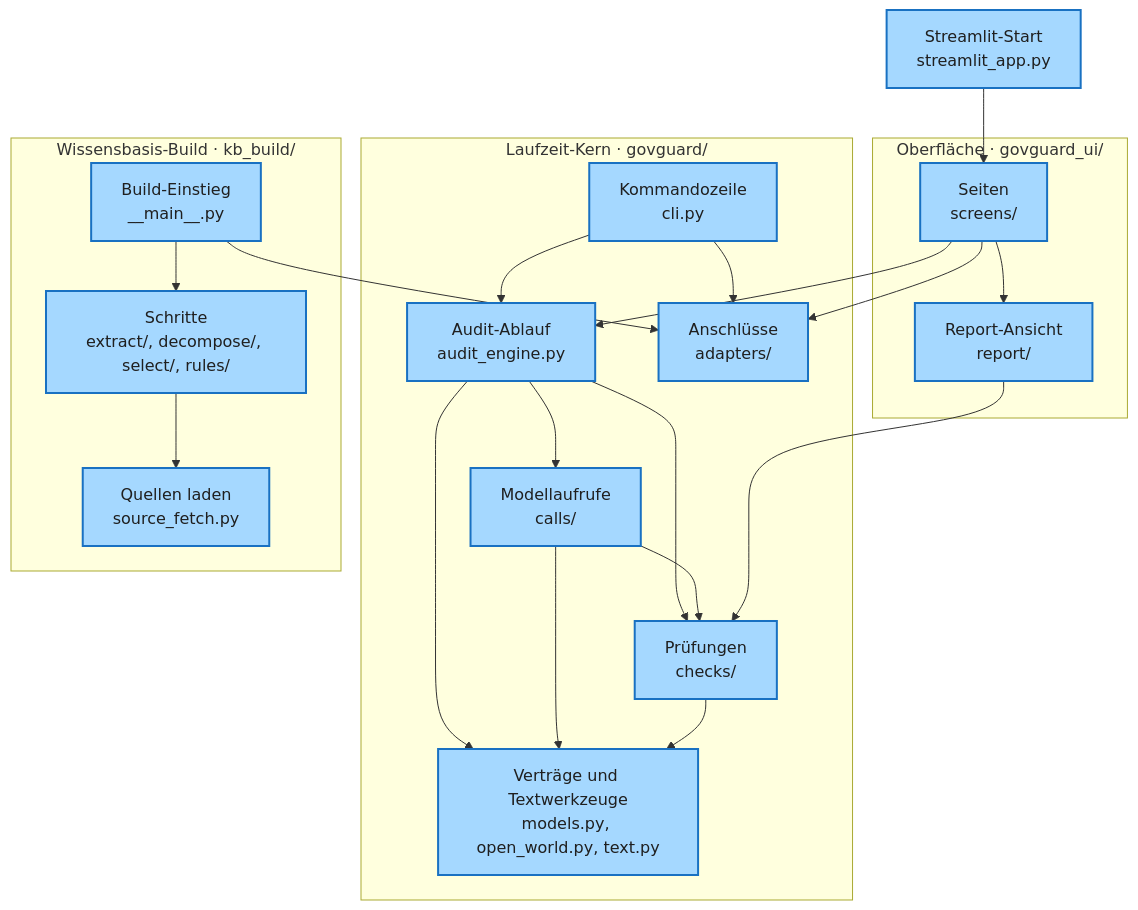
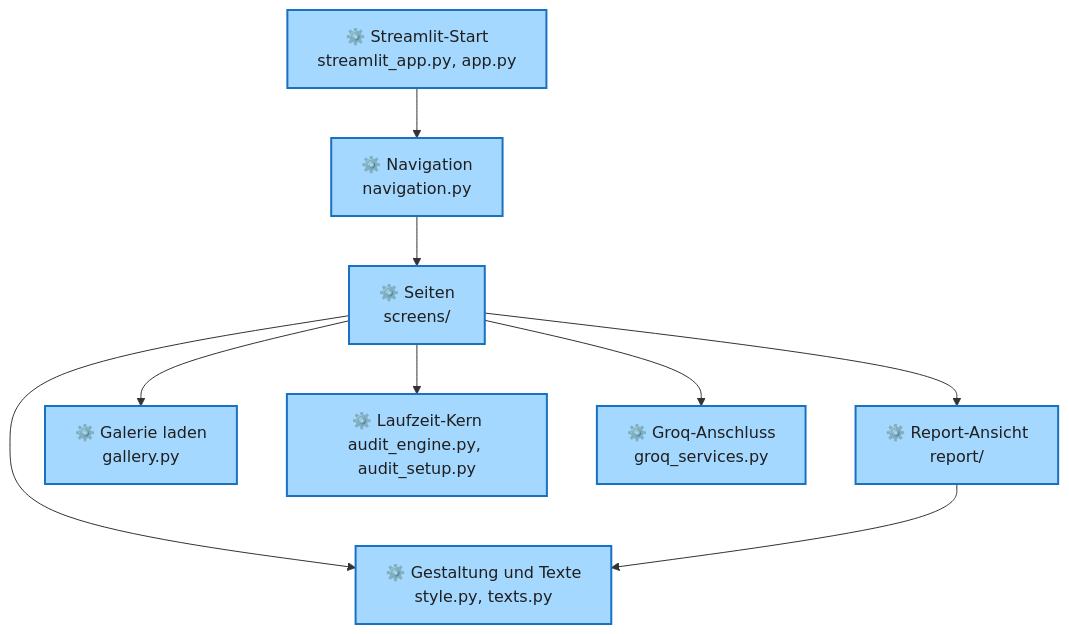
Before and after one commit to Daniel74/GovGuard: diagram 11 of 22 in docs/ARCHITECTURE.md, drawn with Mermaid. The commit also changed other lines of this file and 9 other files, not shown here.

Commit message:
#73 ARCHITECTURE.md als 4+1 nach Kruchten - first version

````diff
--- a/docs/ARCHITECTURE.md
+++ b/docs/ARCHITECTURE.md
@@ -311,31 +1096,15 @@
 ```mermaid
 flowchart TB
-  ST["Streamlit-Start<br/>streamlit_app.py"]:::code
-  subgraph GG["Laufzeit-Kern · govguard/"]
-    CLI["Kommandozeile<br/>cli.py"]:::code
-    ENG["Audit-Ablauf<br/>audit_engine.py"]:::code
-    CALLS["Modellaufrufe<br/>calls/"]:::code
-    CHECKS["Prüfungen<br/>checks/"]:::code
-    CON["Verträge und Textwerkzeuge<br/>models.py, open_world.py, text.py"]:::code
-    ADA["Anschlüsse<br/>adapters/"]:::code
-  end
-  subgraph UI["Oberfläche · govguard_ui/"]
-    SCR["Seiten<br/>screens/"]:::code
-    REP["Report-Ansicht<br/>report/"]:::code
-  end
-  subgraph KB["Wissensbasis-Build · kb_build/"]
-    MAIN["Build-Einstieg<br/>__main__.py"]:::code
-    STEPS["Schritte<br/>extract/, decompose/, select/, rules/"]:::code
-    FETCH["Quellen laden<br/>source_fetch.py"]:::code
-  end
-  CLI --> ENG & ADA
-  ENG --> CALLS & CHECKS & CON
-  CALLS --> CHECKS & CON
-  CHECKS --> CON
-  ST --> SCR
-  SCR --> REP & ENG & ADA
-  REP --> CHECKS
-  MAIN --> STEPS & ADA
-  STEPS --> FETCH
+  ST["⚙️ Streamlit-Start<br/>streamlit_app.py, app.py"]:::code
+  NAV["⚙️ Navigation<br/>navigation.py"]:::code
+  SCR["⚙️ Seiten<br/>screens/"]:::code
+  REP["⚙️ Report-Ansicht<br/>report/"]:::code
+  LOOK["⚙️ Gestaltung und Texte<br/>style.py, texts.py"]:::code
+  GAL["⚙️ Galerie laden<br/>gallery.py"]:::code
+  KERN["⚙️ Laufzeit-Kern<br/>audit_engine.py, audit_setup.py"]:::code
+  GROQ["⚙️ Groq-Anschluss<br/>groq_services.py"]:::code
+  ST --> NAV --> SCR
+  SCR --> REP & LOOK & GAL & KERN & GROQ
+  REP --> LOOK
   classDef code fill:#a5d8ff,stroke:#1971c2,color:#1f1f1f,stroke-width:2px
 ```
````
